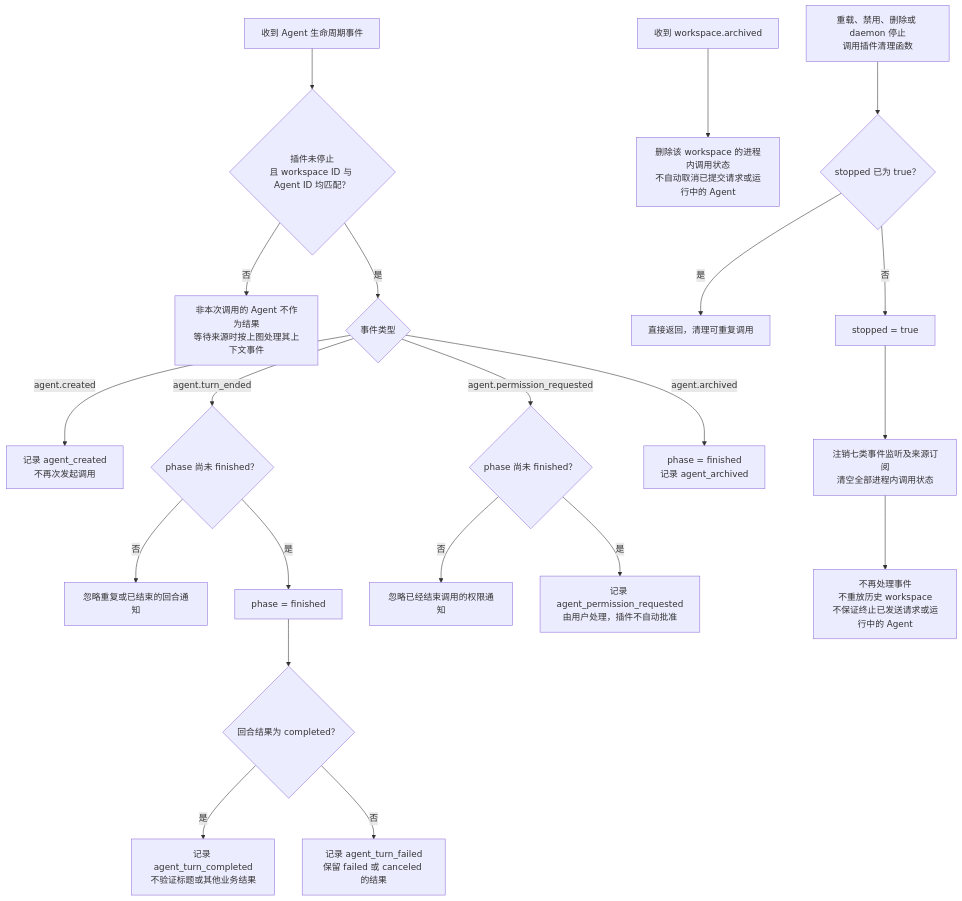
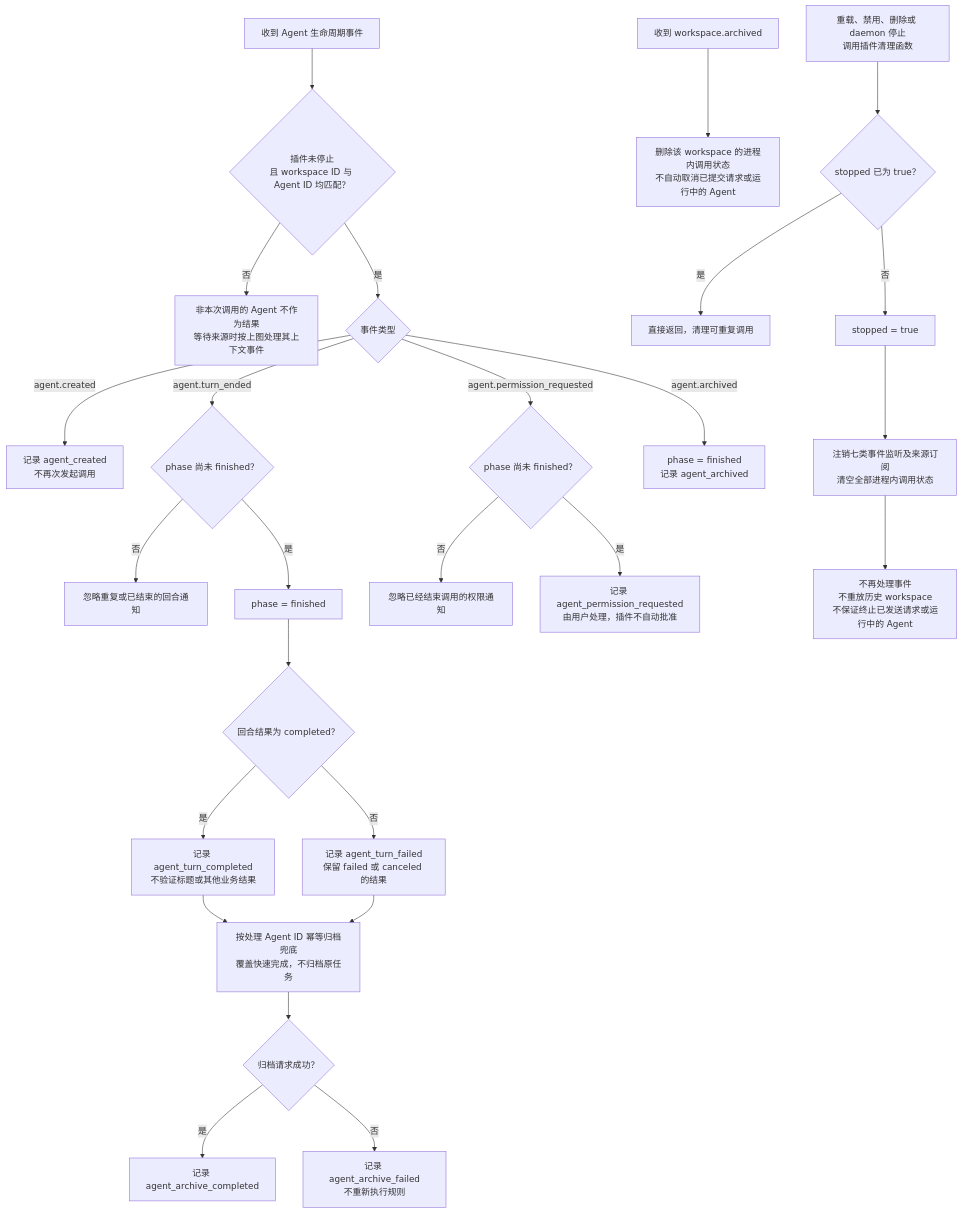
The third of 3 diagrams in README.md (qsoyq/paseo-loom), drawn with Mermaid before and after one commit. The commit also changed other lines of this file and 3 other files, not shown here.

````diff
--- a/README.md
+++ b/README.md
@@ -80,25 +84,30 @@
 ```mermaid
 flowchart TD
     AgentEvent["收到 Agent 生命周期事件"] --> Match{"插件未停止<br>且 workspace ID 与 Agent ID 均匹配？"}
     Match -- "否" --> IgnoreEvent["非本次调用的 Agent 不作为结果<br>等待来源时按上图处理其上下文事件"]
     Match -- "是" --> EventType{"事件类型"}
     EventType -- "agent.created" --> CreatedLog["记录 agent_created<br>不再次发起调用"]
     EventType -- "agent.turn_ended" --> TurnOpen{"phase 尚未 finished？"}
     TurnOpen -- "否" --> IgnoreTurn["忽略重复或已结束的回合通知"]
     TurnOpen -- "是" --> FinishTurn["phase = finished"]
     FinishTurn --> Outcome{"回合结果为 completed？"}
     Outcome -- "是" --> CompletedLog["记录 agent_turn_completed<br>不验证标题或其他业务结果"]
     Outcome -- "否" --> FailedLog["记录 agent_turn_failed<br>保留 failed 或 canceled 的结果"]
+    CompletedLog --> ArchiveFallback["按处理 Agent ID 幂等归档兜底<br>覆盖快速完成，不归档原任务"]
+    FailedLog --> ArchiveFallback
+    ArchiveFallback --> ArchiveResult{"归档请求成功？"}
+    ArchiveResult -- "是" --> ArchiveCompleted["记录 agent_archive_completed"]
+    ArchiveResult -- "否" --> ArchiveFailed["记录 agent_archive_failed<br>不重新执行规则"]
     EventType -- "agent.permission_requested" --> PermissionOpen{"phase 尚未 finished？"}
     PermissionOpen -- "否" --> IgnorePermission["忽略已经结束调用的权限通知"]
     PermissionOpen -- "是" --> PermissionLog["记录 agent_permission_requested<br>由用户处理，插件不自动批准"]
     EventType -- "agent.archived" --> ArchivedLog["phase = finished<br>记录 agent_archived"]
 
     WorkspaceArchived["收到 workspace.archived"] --> DropWorkspace["删除该 workspace 的进程内调用状态<br>不自动取消已提交请求或运行中的 Agent"]
 
     PluginCleanup["重载、禁用、删除或 daemon 停止<br>调用插件清理函数"] --> AlreadyStopped{"stopped 已为 true？"}
     AlreadyStopped -- "是" --> CleanupReturn["直接返回，清理可重复调用"]
     AlreadyStopped -- "否" --> MarkStopped["stopped = true"]
     MarkStopped --> Unregister["注销七类事件监听及来源订阅<br>清空全部进程内调用状态"]
     Unregister --> Inactive["不再处理事件<br>不重放历史 workspace<br>不保证终止已发送请求或运行中的 Agent"]
 ```
````
